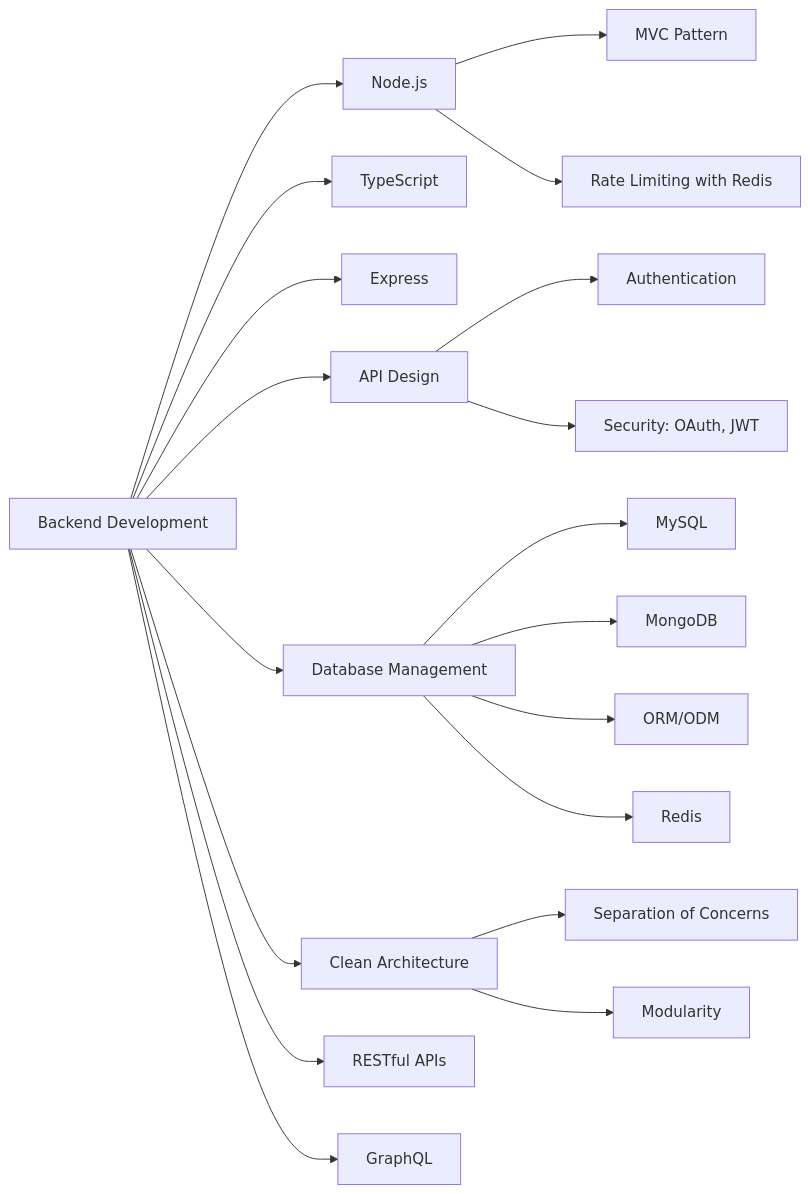
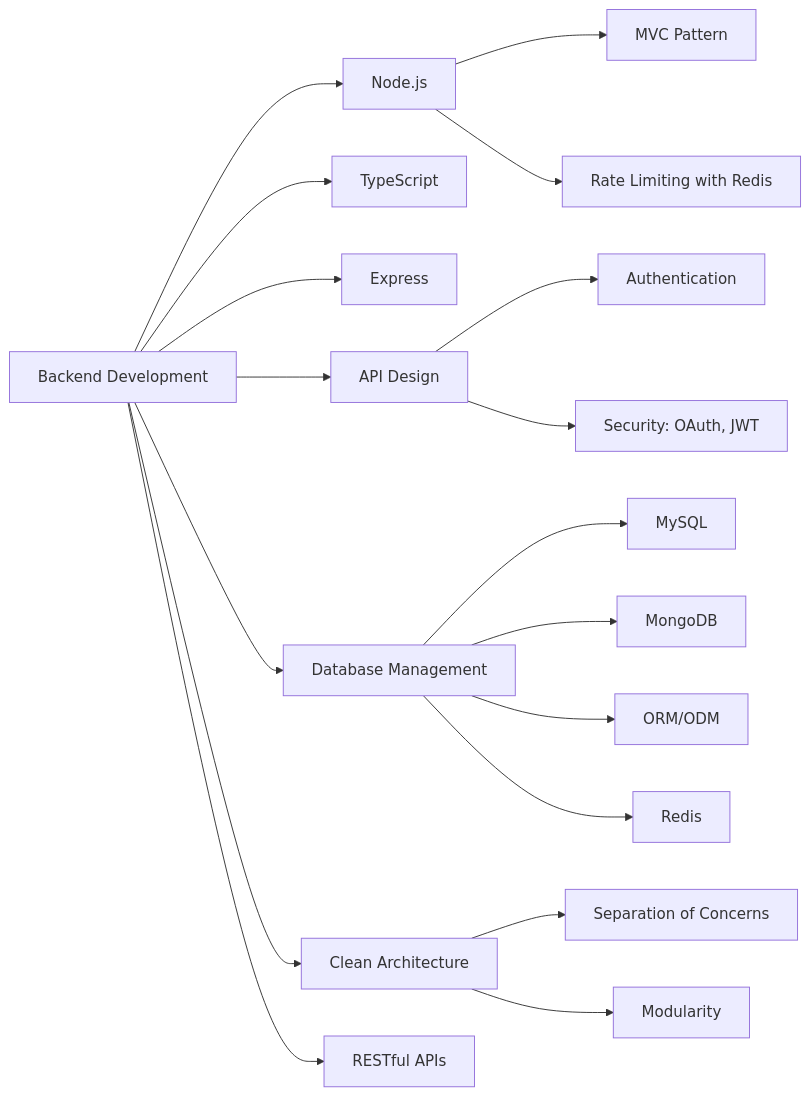
One commit to LOctavioDev/LOctavioDev changed the diagram in README.md. Above: the diagram before and after it, drawn with Mermaid.

````diff
--- a/README.md
+++ b/README.md
@@ -31,21 +31,20 @@
 ``` mermaid
 graph LR
   A[Backend Development] --> B[Node.js]
   A --> C[TypeScript]
   A --> D[Express]
   A --> E[API Design]
   A --> F[Database Management]
   B --> G[MVC Pattern]
   B --> H[Rate Limiting with Redis]
   E --> I[Authentication]
   E --> J[Security: OAuth, JWT]
   F --> K[MySQL]
   F --> L[MongoDB]
   F --> M[ORM/ODM]
   F --> N[Redis]
   A --> O[Clean Architecture]
   A --> P[RESTful APIs]
-  A --> Q[GraphQL]
-  O --> R[Separation of Concerns]
-  O --> S[Modularity]
+  O --> Q[Separation of Concerns]
+  O --> R[Modularity]
 ```
````
